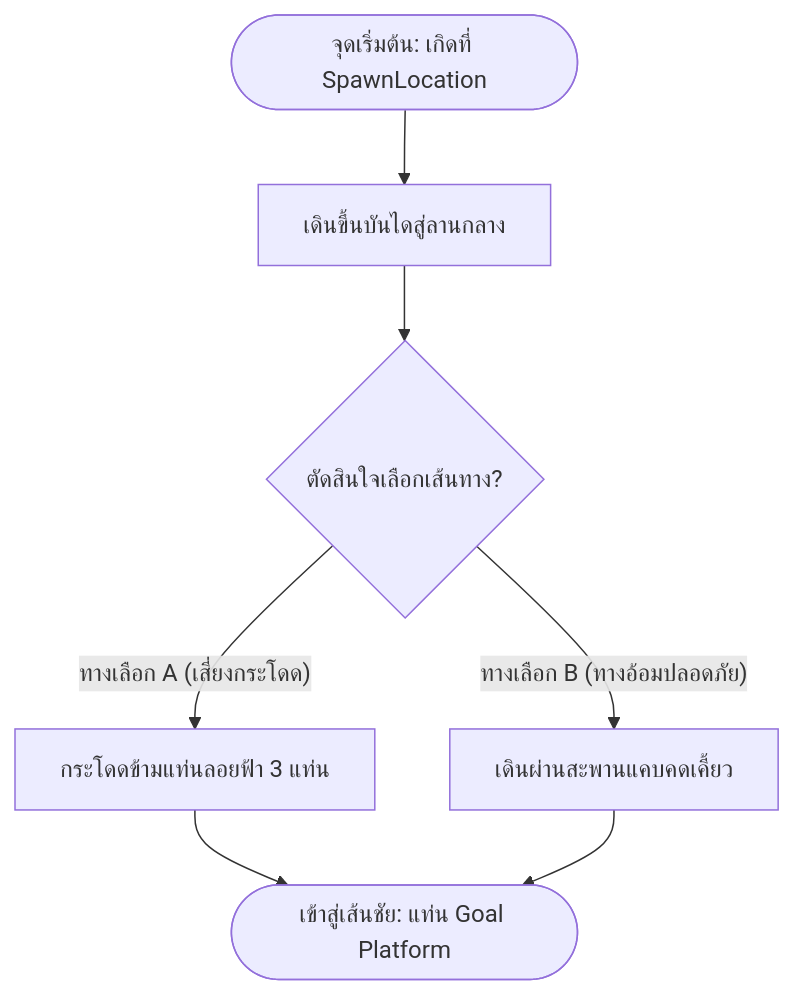
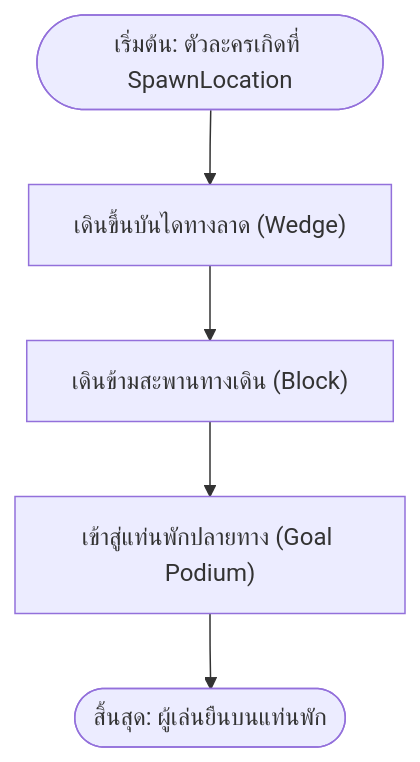
The diagram in worksheets/แบบฝึกหัดที่-1-ตรรกะผังงานและลานจุดเกิด-roblox.md (PichyyyNews/21901-2009-game-development), drawn with Mermaid before and after one commit. The commit also changed other lines of this file, not shown here.

````diff
--- a/worksheets/แบบฝึกหัดที่-1-ตรรกะผังงานและลานจุดเกิด-roblox.md
+++ b/worksheets/แบบฝึกหัดที่-1-ตรรกะผังงานและลานจุดเกิด-roblox.md
@@ -63,9 +57,7 @@
 ```mermaid
 flowchart TD
-    Start(["จุดเริ่มต้น: เกิดที่ SpawnLocation"]) --> Walk["เดินขึ้นบันไดสู่ลานกลาง"]
-    Walk --> Choice{"ตัดสินใจเลือกเส้นทาง?"}
-    Choice -- "ทางเลือก A (เสี่ยงกระโดด)" --> JumpTrack["กระโดดข้ามแท่นลอยฟ้า 3 แท่น"]
-    Choice -- "ทางเลือก B (ทางอ้อมปลอดภัย)" --> SafeTrack["เดินผ่านสะพานแคบคดเคี้ยว"]
-    JumpTrack --> Goal(["เข้าสู่เส้นชัย: แท่น Goal Platform"])
-    SafeTrack --> Goal
+    Start(["เริ่มต้น: ตัวละครเกิดที่ SpawnLocation"]) --> Step1["เดินขึ้นบันไดทางลาด (Wedge)"]
+    Step1 --> Step2["เดินข้ามสะพานทางเดิน (Block)"]
+    Step2 --> Step3["เข้าสู่แท่นพักปลายทาง (Goal Podium)"]
+    Step3 --> Finish(["สิ้นสุด: ผู้เล่นยืนบนแท่นพัก"])
 ```
````
